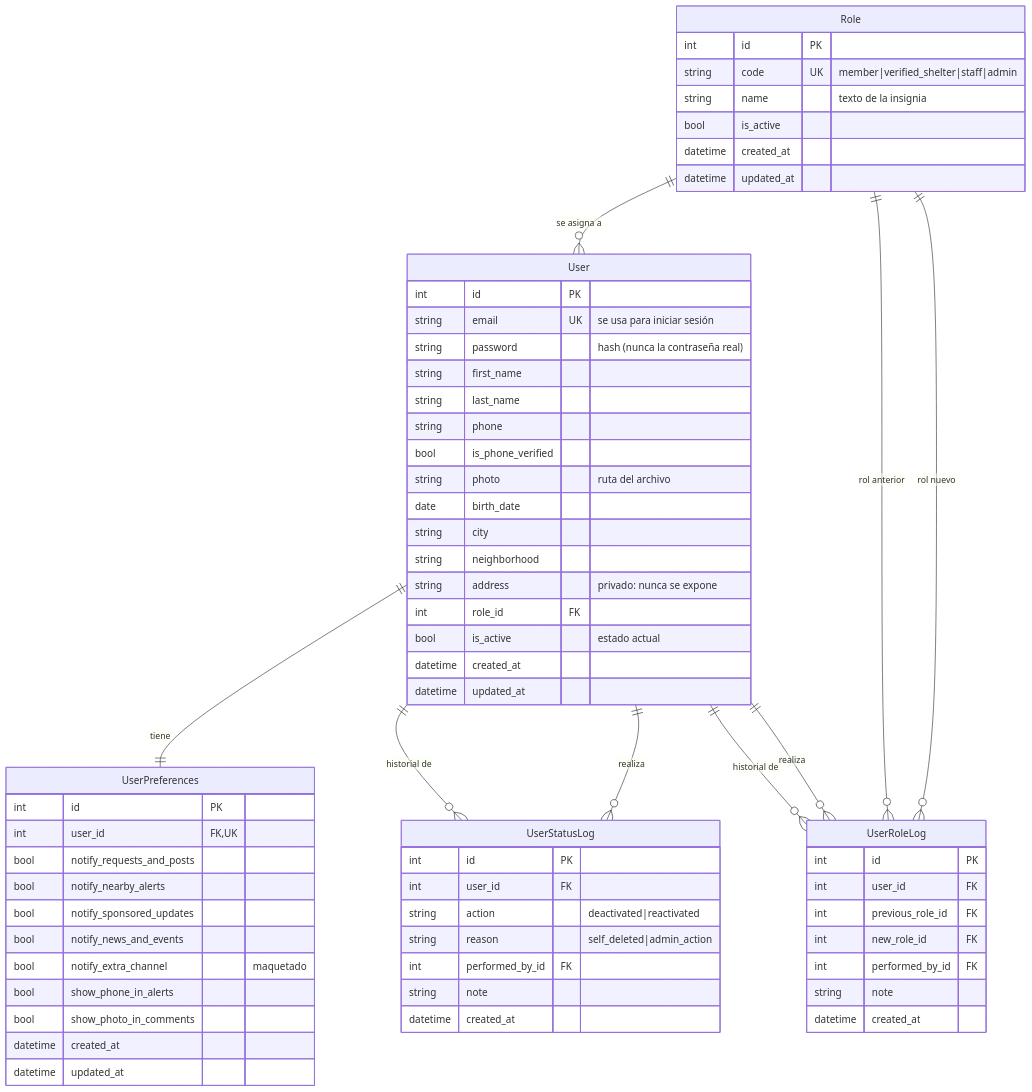
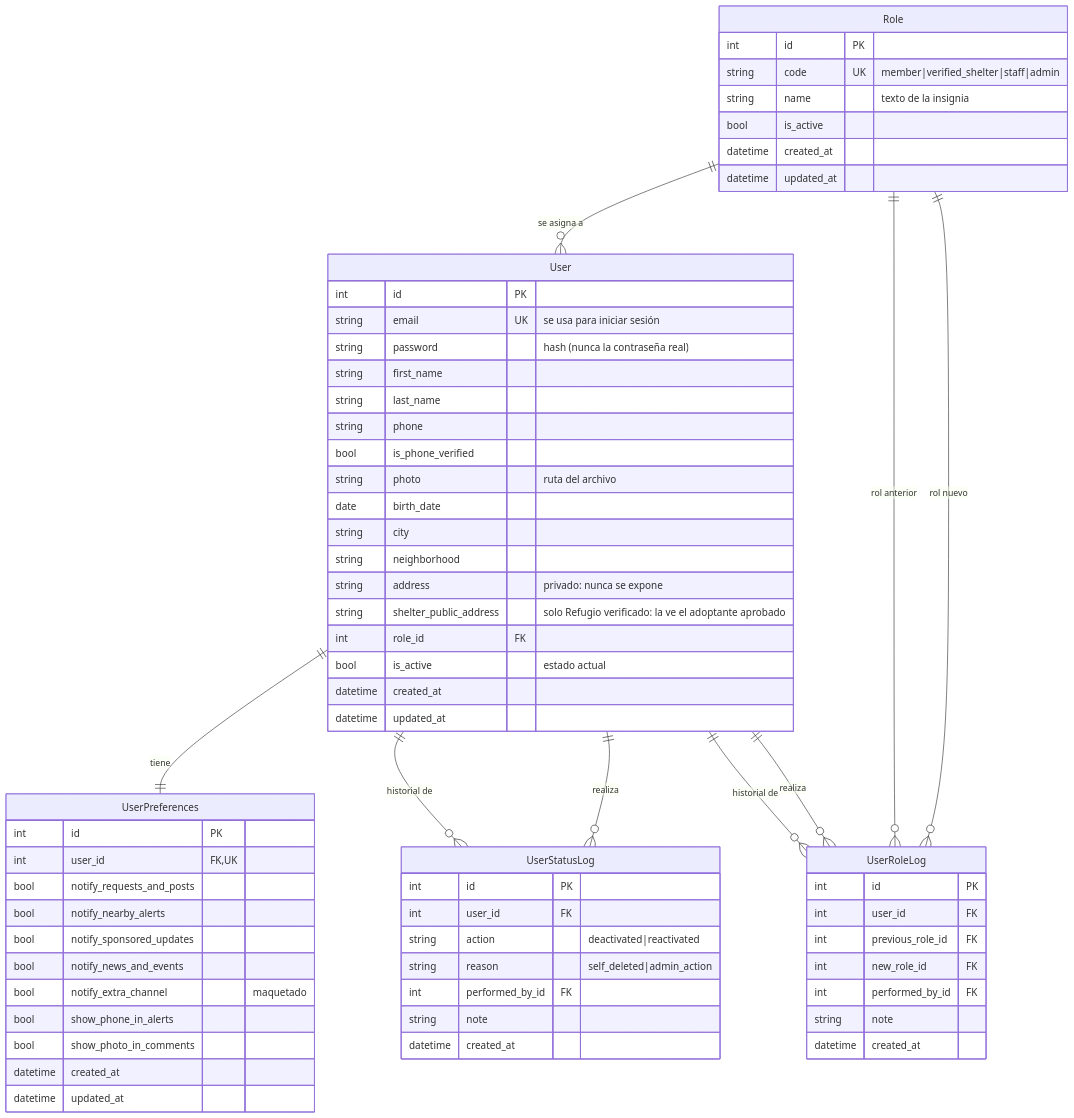
One commit to fbressan-itec/callejeros_app changed the second of 4 diagrams in README.md. Above: the diagram before and after it, drawn with Mermaid. The commit also changed other lines of this file, not shown here.

Commit message:
docs(readme): actualiza endpoints de adopción y diagrama entidad-relación

````diff
--- a/README.md
+++ b/README.md
@@ -276,68 +276,69 @@
 ```mermaid
 erDiagram
     Role ||--o{ User : "se asigna a"
     User ||--|| UserPreferences : "tiene"
     User ||--o{ UserStatusLog : "historial de"
     User ||--o{ UserStatusLog : "realiza"
     User ||--o{ UserRoleLog : "historial de"
     User ||--o{ UserRoleLog : "realiza"
     Role ||--o{ UserRoleLog : "rol anterior"
     Role ||--o{ UserRoleLog : "rol nuevo"
     Role {
         int id PK
         string code UK "member|verified_shelter|staff|admin"
         string name "texto de la insignia"
         bool is_active
         datetime created_at
         datetime updated_at
     }
     User {
         int id PK
         string email UK "se usa para iniciar sesión"
         string password "hash (nunca la contraseña real)"
         string first_name
         string last_name
         string phone
         bool is_phone_verified
         string photo "ruta del archivo"
         date birth_date
         string city
         string neighborhood
         string address "privado: nunca se expone"
+        string shelter_public_address "solo Refugio verificado: la ve el adoptante aprobado"
         int role_id FK
         bool is_active "estado actual"
         datetime created_at
         datetime updated_at
     }
     UserPreferences {
         int id PK
         int user_id FK, UK
         bool notify_requests_and_posts
         bool notify_nearby_alerts
         bool notify_sponsored_updates
         bool notify_news_and_events
         bool notify_extra_channel "maquetado"
         bool show_phone_in_alerts
         bool show_photo_in_comments
         datetime created_at
         datetime updated_at
     }
     UserStatusLog {
         int id PK
         int user_id FK
         string action "deactivated|reactivated"
         string reason "self_deleted|admin_action"
         int performed_by_id FK
         string note
         datetime created_at
     }
     UserRoleLog {
         int id PK
         int user_id FK
         int previous_role_id FK
         int new_role_id FK
         int performed_by_id FK
         string note
         datetime created_at
     }
 ```
````
